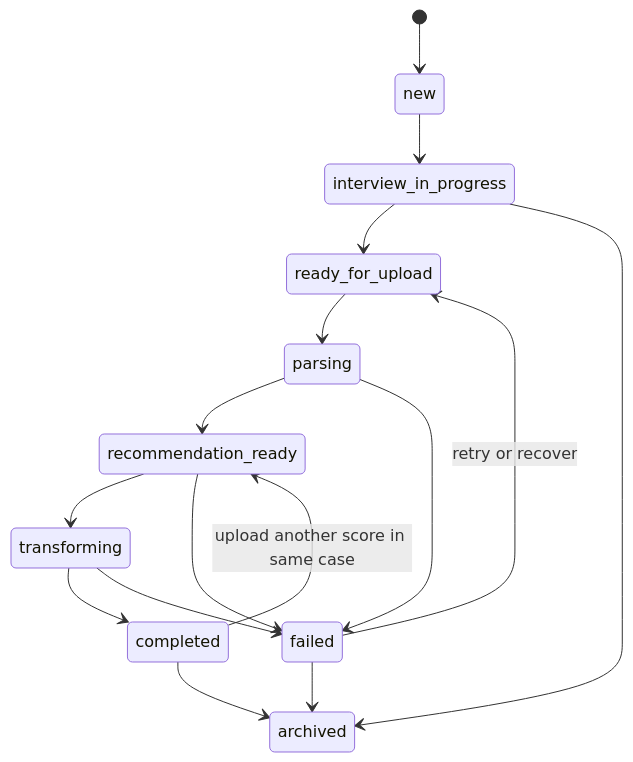
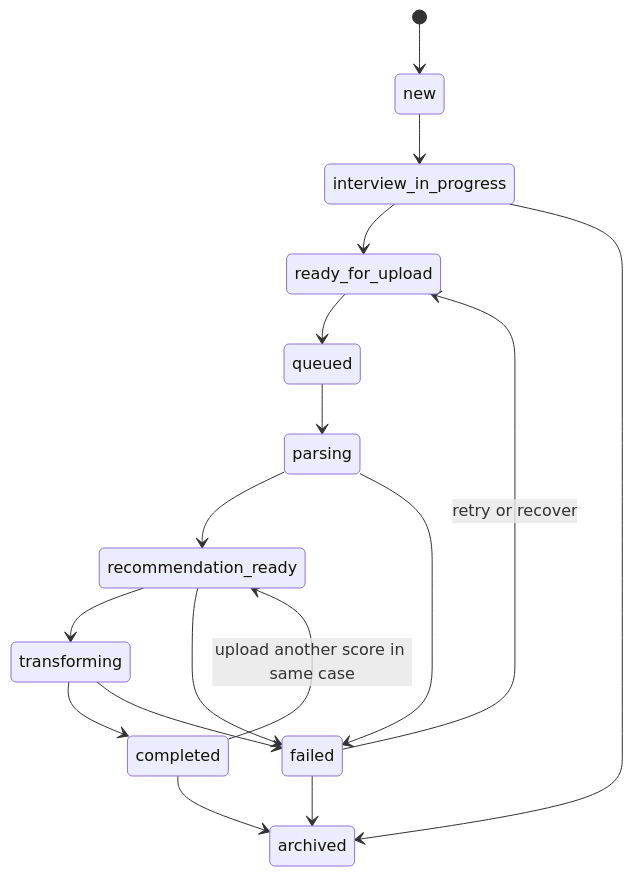
The second of 2 diagrams in docs/architecture/frontend-state-mapping.md (AnaKies/music-app), drawn with Mermaid before and after one commit. The commit also changed other lines of this file and 14 other files, not shown here.

Commit message:
docs: align AI, frontend, and backend plans with architecture

````diff
--- a/docs/architecture/frontend-state-mapping.md
+++ b/docs/architecture/frontend-state-mapping.md
@@ -93,18 +97,19 @@
 ```mermaid
 stateDiagram-v2
     [*] --> new
     new --> interview_in_progress
     interview_in_progress --> ready_for_upload
     interview_in_progress --> archived
-    ready_for_upload --> parsing
+    ready_for_upload --> queued
+    queued --> parsing
     parsing --> recommendation_ready
     parsing --> failed
     recommendation_ready --> transforming
     recommendation_ready --> failed
     transforming --> completed
     transforming --> failed
     completed --> recommendation_ready: upload another score in same case
     completed --> archived
     failed --> ready_for_upload: retry or recover
     failed --> archived
 ```
````
